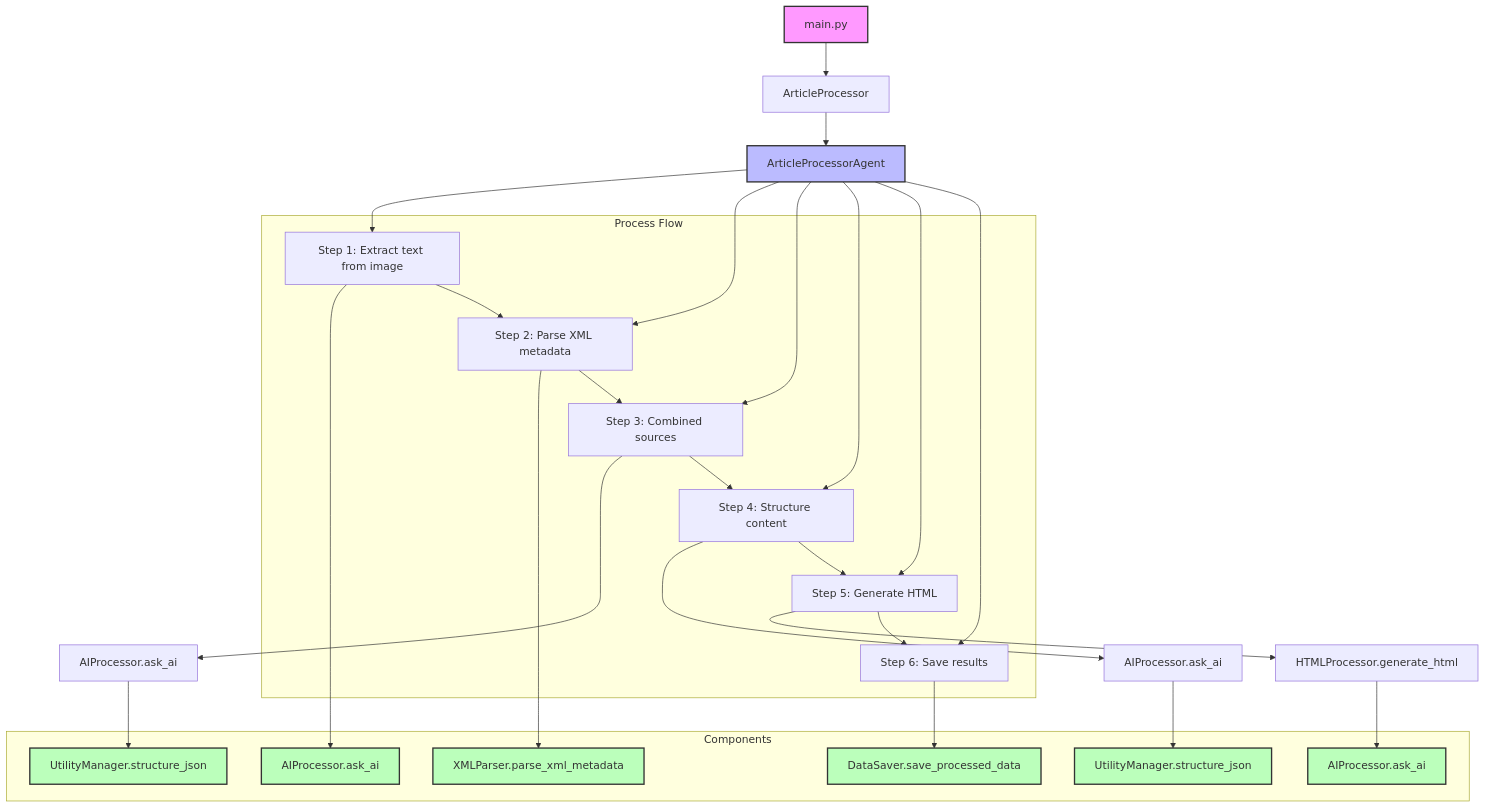
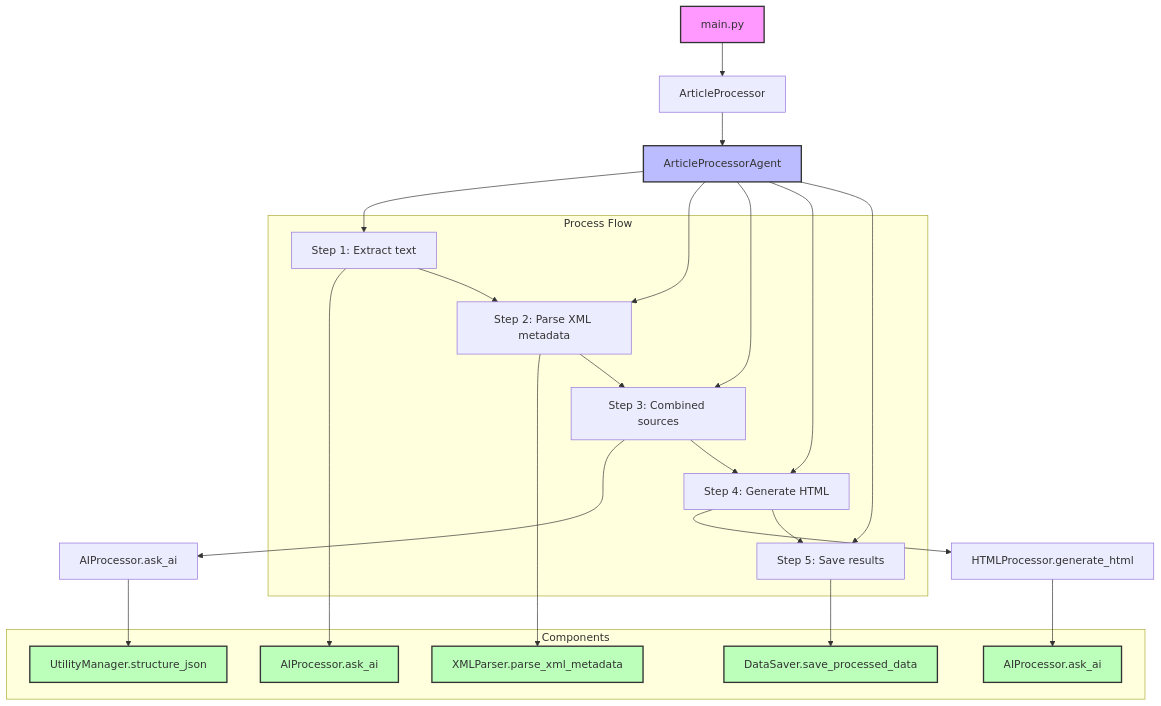
The diagram in README.md (rjoydip/genai-article-processor), drawn with Mermaid before and after one commit. The commit also changed other lines of this file and 8 other files, not shown here.

Commit message:
chore: structure content setup has been dropped

````diff
--- a/README.md
+++ b/README.md
@@ -25,48 +25,42 @@
 ```mermaid
 graph TD
     A[main.py] --> B[ArticleProcessor]
     B --> C[ArticleProcessorAgent]
 
-    C --> D[Step 1: Extract text from image]
+    C --> D[Step 1: Extract text]
     D --> E[AIProcessor.ask_ai]
 
     C --> F[Step 2: Parse XML metadata]
     F --> G[XMLParser.parse_xml_metadata]
 
     C --> H[Step 3: Combined sources]
     H --> I[AIProcessor.ask_ai]
     I --> J[UtilityManager.structure_json]
 
-    C --> K[Step 4: Structure content]
-    K --> L[AIProcessor.ask_ai]
-    L --> M[UtilityManager.structure_json]
+    C --> K[Step 4: Generate HTML]
+    K --> L[HTMLProcessor.generate_html]
+    L --> M[AIProcessor.ask_ai]
 
-    C --> N[Step 5: Generate HTML]
-    N --> O[HTMLProcessor.generate_html]
-    O --> P[AIProcessor.ask_ai]
-
-    C --> Q[Step 6: Save results]
+    C --> Q[Step 5: Save results]
     Q --> R[DataSaver.save_processed_data]
 
     subgraph Components
         E
         G
         J
         M
-        P
         R
     end
 
     subgraph Process Flow
-        D --> F --> H --> K --> N --> Q
+        D --> F --> H --> K --> Q
     end
 
     style A fill:#f9f,stroke:#333,stroke-width:2px
     style C fill:#bbf,stroke:#333,stroke-width:2px
     style E fill:#bfb,stroke:#333,stroke-width:2px
     style G fill:#bfb,stroke:#333,stroke-width:2px
     style J fill:#bfb,stroke:#333,stroke-width:2px
     style M fill:#bfb,stroke:#333,stroke-width:2px
-    style P fill:#bfb,stroke:#333,stroke-width:2px
     style R fill:#bfb,stroke:#333,stroke-width:2px
 ```
````
